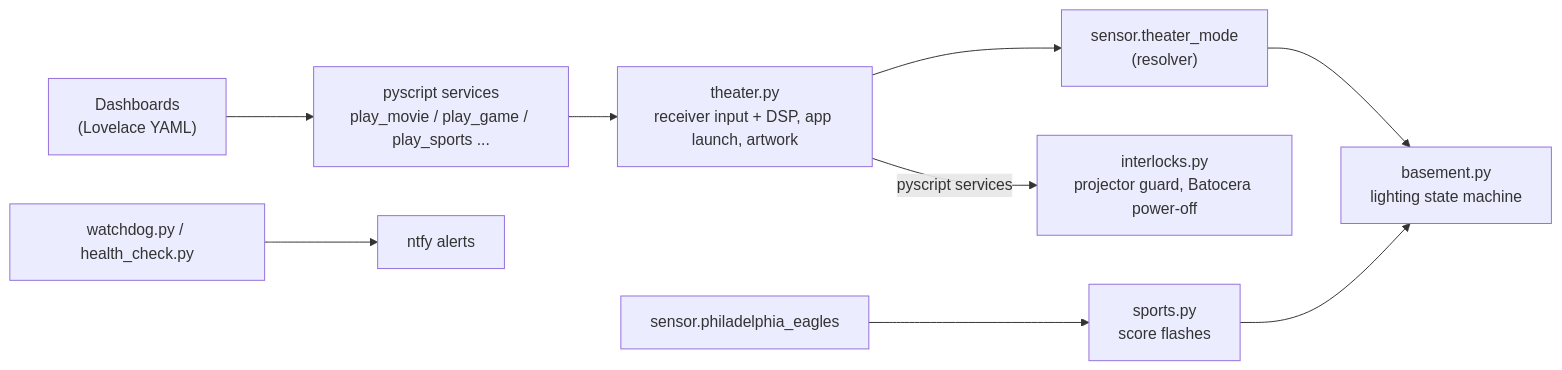
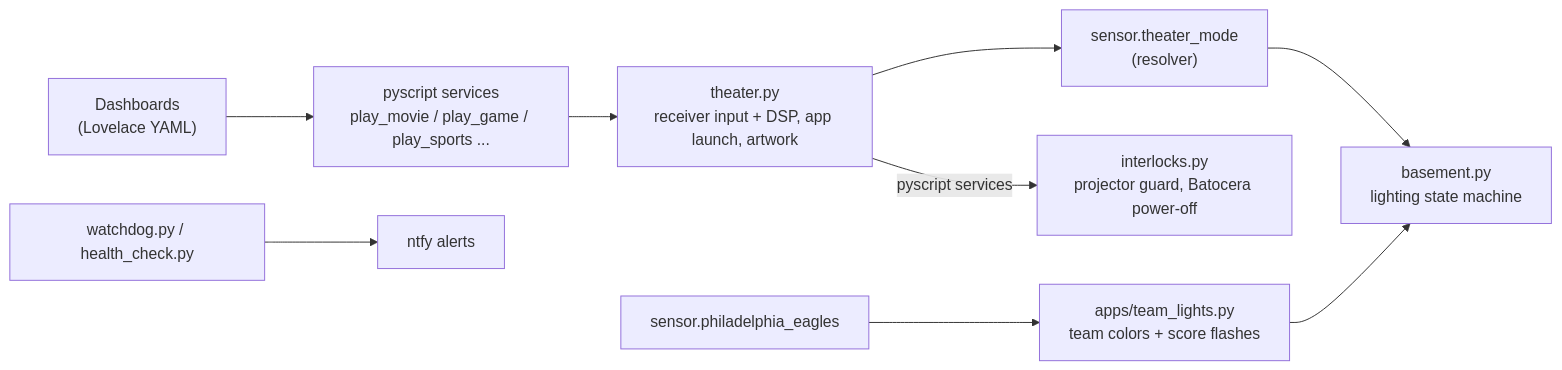
Before and after one commit to MFeret11/home-assistant-config: the diagram in README.md, drawn with Mermaid. The commit also changed other lines of this file and 16 other files, not shown here.

First line of the commit message:
Team Lights: team colors and score flashes for all four Philly teams

````diff
--- a/README.md
+++ b/README.md
@@ -29,11 +29,11 @@
 ```mermaid
 flowchart LR
     UI["Dashboards<br/>(Lovelace YAML)"] --> SVC["pyscript services<br/>play_movie / play_game / play_sports ..."]
     SVC --> AV["theater.py<br/>receiver input + DSP, app launch, artwork"]
     AV --> MODE["sensor.theater_mode<br/>(resolver)"]
     AV -- "pyscript services" --> IL["interlocks.py<br/>projector guard, Batocera power-off"]
     MODE --> LIGHT["basement.py<br/>lighting state machine"]
-    EAGLES["sensor.philadelphia_eagles"] --> SPORTS["sports.py<br/>score flashes"]
+    EAGLES["sensor.philadelphia_eagles"] --> SPORTS["apps/team_lights.py<br/>team colors + score flashes"]
     SPORTS --> LIGHT
     WD["watchdog.py / health_check.py"] --> NTFY["ntfy alerts"]
 ```
````
